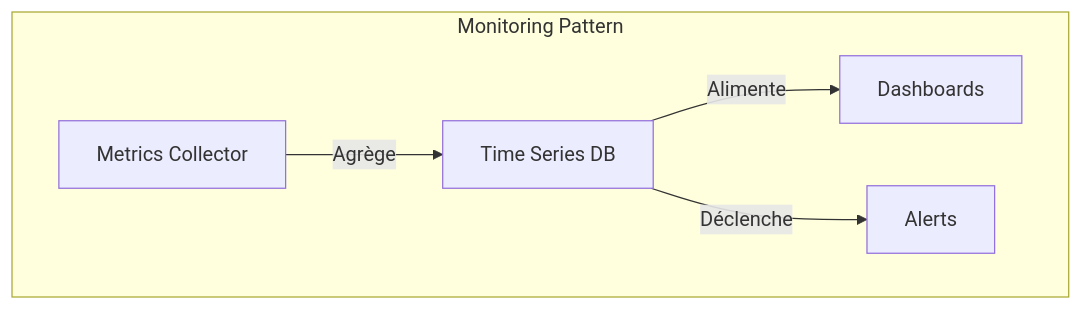
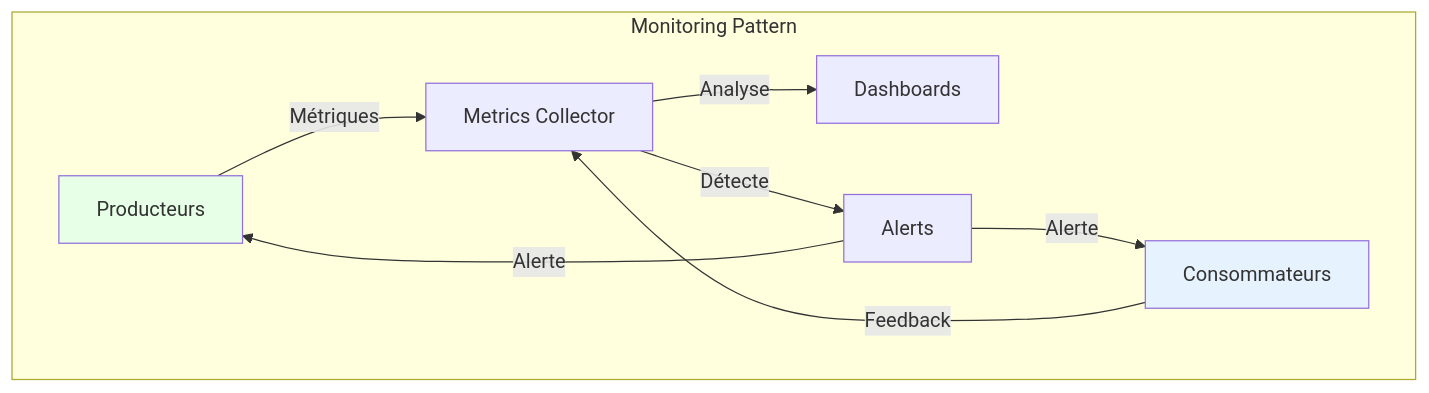
One commit to monmaya/pyb-data-contracts changed the third of 4 diagrams in docs/fr/articles/04-patterns-architecture.md. Above: the diagram before and after it, drawn with Mermaid. The commit also changed other lines of this file and 15 other files, not shown here.

````diff
--- a/docs/fr/articles/04-patterns-architecture.md
+++ b/docs/fr/articles/04-patterns-architecture.md
@@ -39,8 +93,16 @@
 ```mermaid
 graph TD
     subgraph "Monitoring Pattern"
-        I[Metrics Collector] -->|Agrège| J[Time Series DB]
-        J -->|Alimente| K[Dashboards]
-        J -->|Déclenche| L[Alerts]
+        P[Producteurs] -->|Métriques| I[Metrics Collector]
+        C[Consommateurs] -->|Feedback| I
+        I -->|Analyse| K[Dashboards]
+        I -->|Détecte| L[Alerts]
+        L -->|Alerte| P
+        L -->|Alerte| C
     end
+
+    classDef producer fill:#e6ffe6;
+    classDef consumer fill:#e6f3ff;
+    class P producer;
+    class C consumer;
 ```
````
